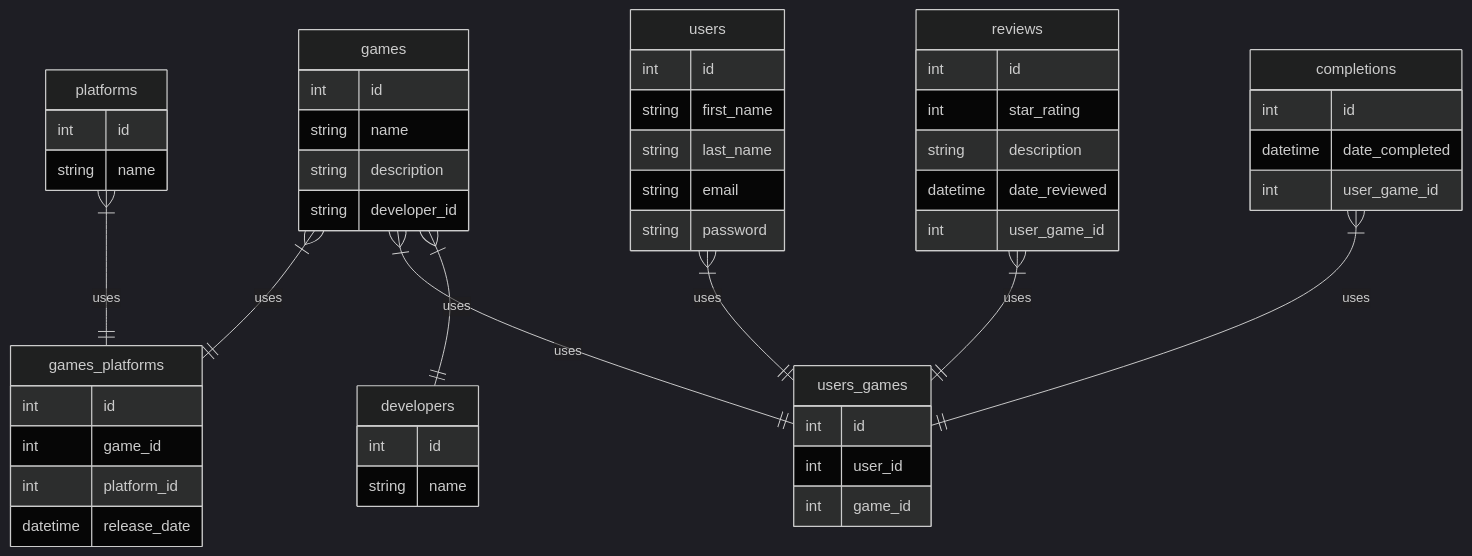
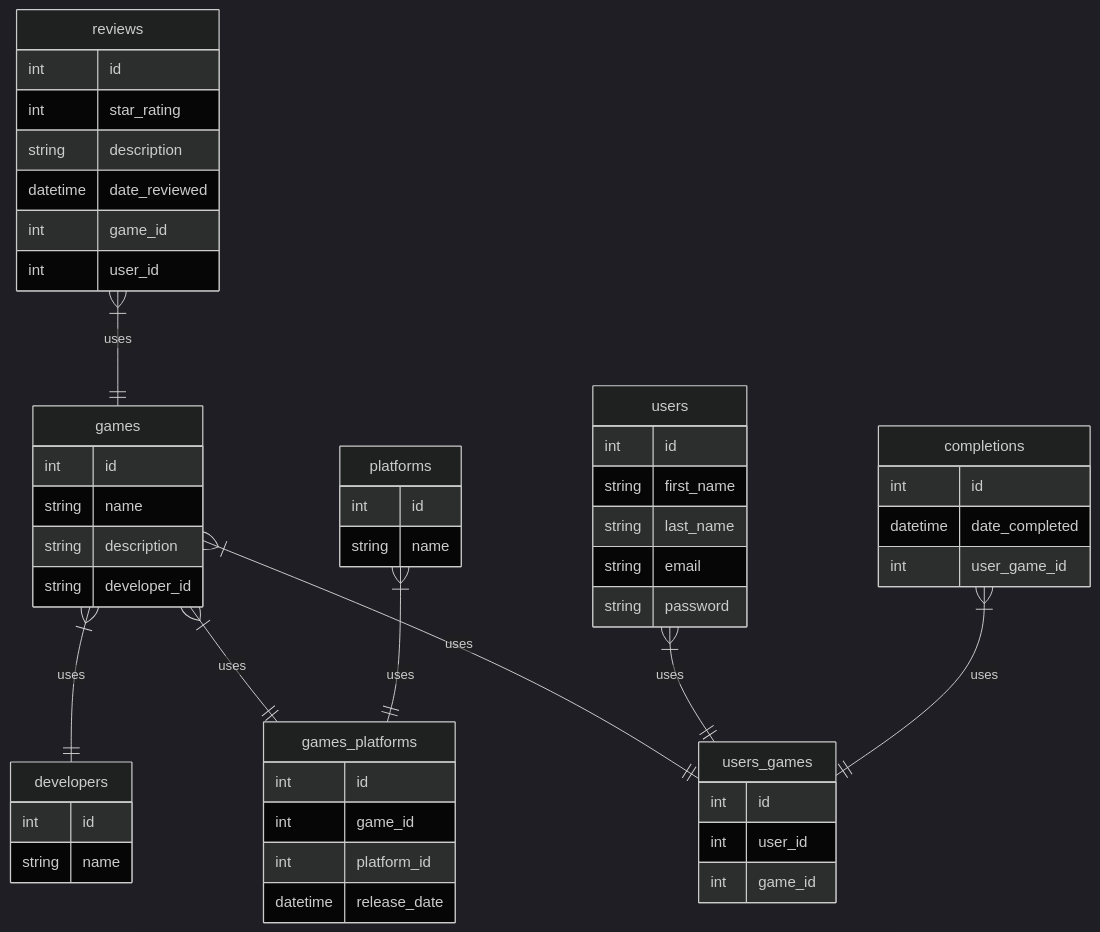
One commit to Haikira/VGLogger changed the second of 2 diagrams in README.md. Above: the diagram before and after it, drawn with Mermaid.

````diff
--- a/README.md
+++ b/README.md
@@ -42,59 +42,60 @@
 ``` mermaid
 %%{init: {'theme': 'dark' } }%%
 
 erDiagram
 
         games {
                 int id
                 string name                
                 string description
                 string developer_id
         }
         platforms {
                 int id
                 string name                
         }
         games_platforms {
                 int id
                 int game_id
                 int platform_id
                 datetime release_date
         }
         users_games {
                 int id
                 int user_id
                 int game_id
         }
         users {
                 int id
                 string first_name
                 string last_name
                 string email
                 string password
         }
         developers {
                 int id
                 string name
         }
         reviews {
                 int id
                 int star_rating
                 string description
                 datetime date_reviewed
-                int user_game_id
+                int game_id
+                int user_id
         }
         completions {
                 int id
                 datetime date_completed
                 int user_game_id
         }
         
         games }|--|| games_platforms: "uses"
         platforms }|--|| games_platforms: "uses"
         games }|--|| users_games: "uses"
         users }|--|| users_games: "uses"
         games }|--|| developers: "uses"
-        reviews }|--|| users_games: "uses"
+        reviews }|--|| games: "uses"
         completions }|--|| users_games: "uses"
 
 ```
````
